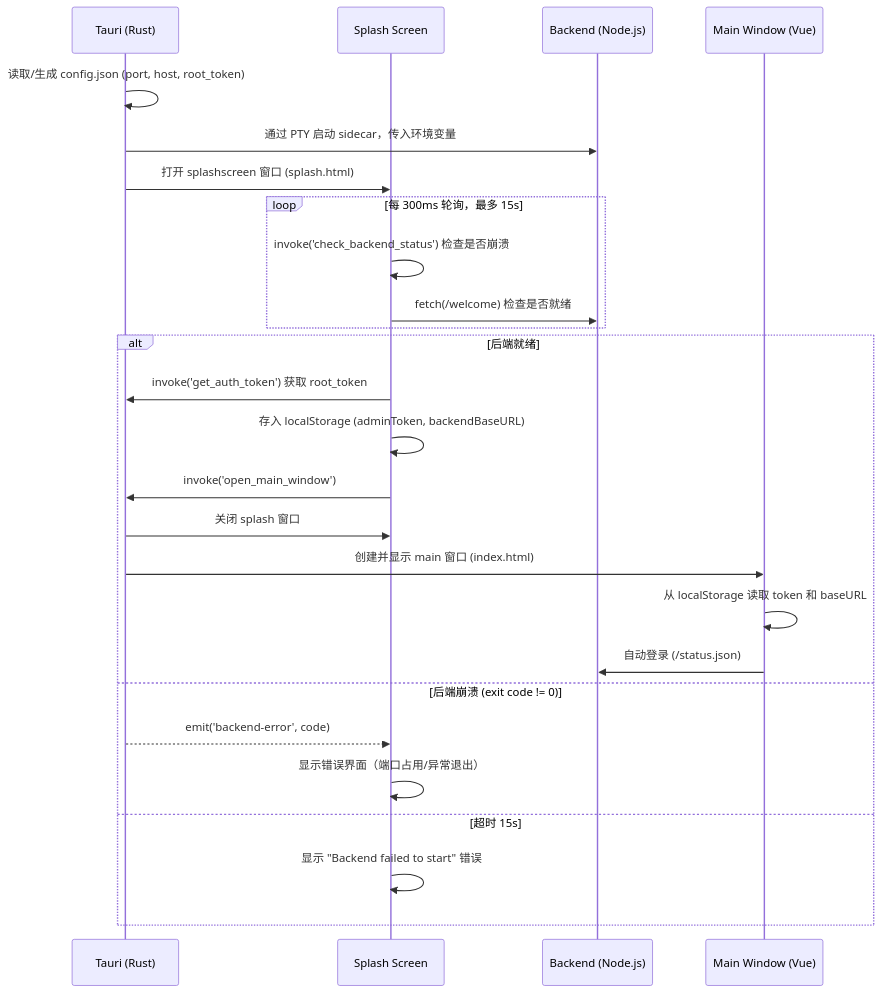
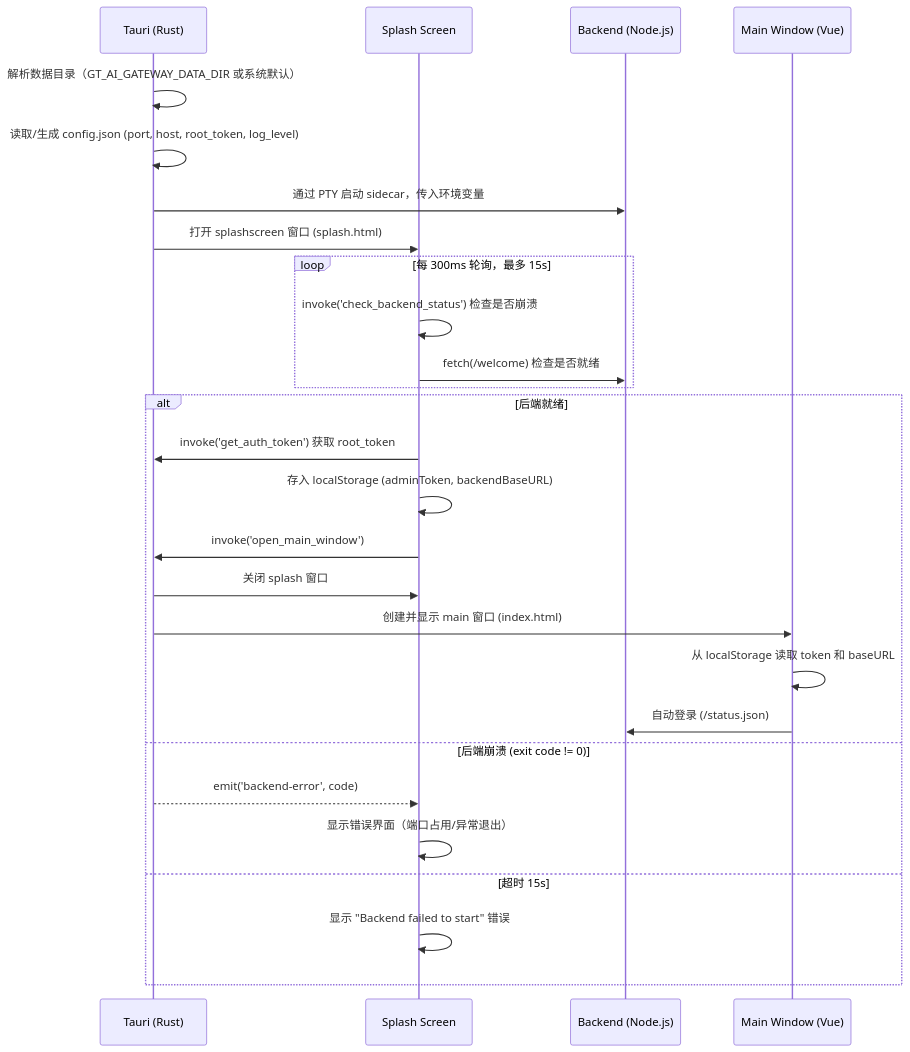
One commit to alexazhou/gt_ai_gateway changed the diagram in doc/dev/TauriDevManual.md. Above: the diagram before and after it, drawn with Mermaid. The commit also changed other lines of this file and 1 other file, not shown here.

First line of the commit message:
docs(dev): 补 GT_AI_GATEWAY_DATA_DIR、config.json log_level 与日志轮转清理时机

````diff
--- a/doc/dev/TauriDevManual.md
+++ b/doc/dev/TauriDevManual.md
@@ -64,31 +66,32 @@
 ```mermaid
 sequenceDiagram
     participant Tauri as Tauri (Rust)
     participant Splash as Splash Screen
     participant Backend as Backend (Node.js)
     participant Main as Main Window (Vue)
 
-    Tauri->>Tauri: 读取/生成 config.json (port, host, root_token)
+    Tauri->>Tauri: 解析数据目录（GT_AI_GATEWAY_DATA_DIR 或系统默认）
+    Tauri->>Tauri: 读取/生成 config.json (port, host, root_token, log_level)
     Tauri->>Backend: 通过 PTY 启动 sidecar，传入环境变量
     Tauri->>Splash: 打开 splashscreen 窗口 (splash.html)
     
     loop 每 300ms 轮询，最多 15s
         Splash->>Splash: invoke('check_backend_status') 检查是否崩溃
         Splash->>Backend: fetch(/welcome) 检查是否就绪
     end
 
     alt 后端就绪
         Splash->>Tauri: invoke('get_auth_token') 获取 root_token
         Splash->>Splash: 存入 localStorage (adminToken, backendBaseURL)
         Splash->>Tauri: invoke('open_main_window')
         Tauri->>Splash: 关闭 splash 窗口
         Tauri->>Main: 创建并显示 main 窗口 (index.html)
         Main->>Main: 从 localStorage 读取 token 和 baseURL
         Main->>Backend: 自动登录 (/status.json)
     else 后端崩溃 (exit code != 0)
         Tauri-->>Splash: emit('backend-error', code)
         Splash->>Splash: 显示错误界面（端口占用/异常退出）
     else 超时 15s
         Splash->>Splash: 显示 "Backend failed to start" 错误
     end
 ```
````
